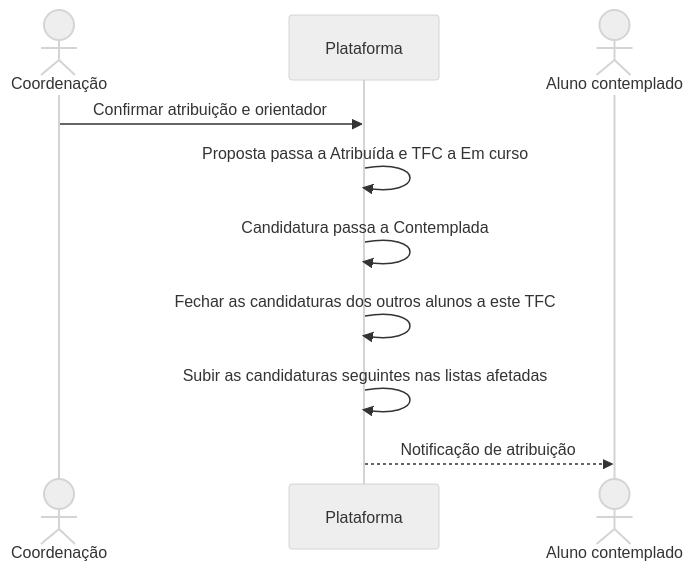
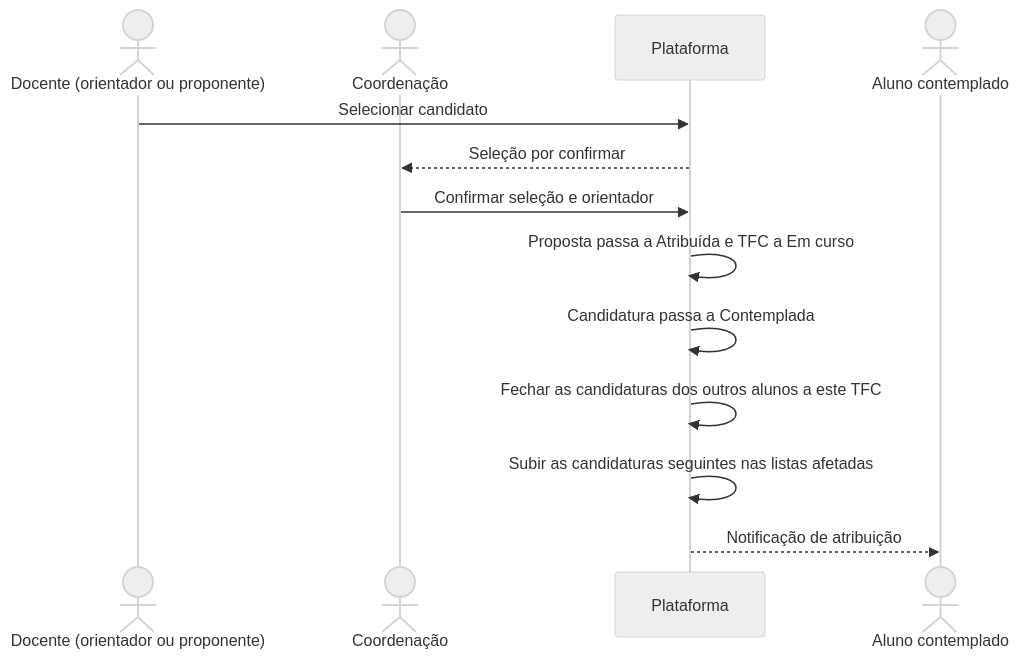
One commit to ULHT-TFC-new/tfc-avaliacao-reporting changed the fifth of 7 diagrams in docs/02_processos.md. Above: the diagram before and after it, drawn with Mermaid (neutral theme). The commit also changed other lines of this file, not shown here.

Commit message:
Atualiza os processos de candidatura, seleção, atribuição e avaliação com a reunião 8

````diff
--- a/docs/02_processos.md
+++ b/docs/02_processos.md
@@ -517,12 +519,15 @@
 ```mermaid
 sequenceDiagram
+    actor D as Docente (orientador ou proponente)
     actor Co as Coordenação
     participant P as Plataforma
     actor A as Aluno contemplado
-    Co->>P: Confirmar atribuição e orientador
+    D->>P: Selecionar candidato
+    P-->>Co: Seleção por confirmar
+    Co->>P: Confirmar seleção e orientador
     P->>P: Proposta passa a Atribuída e TFC a Em curso
     P->>P: Candidatura passa a Contemplada
     P->>P: Fechar as candidaturas dos outros alunos a este TFC
     P->>P: Subir as candidaturas seguintes nas listas afetadas
     P-->>A: Notificação de atribuição
 ```
````
